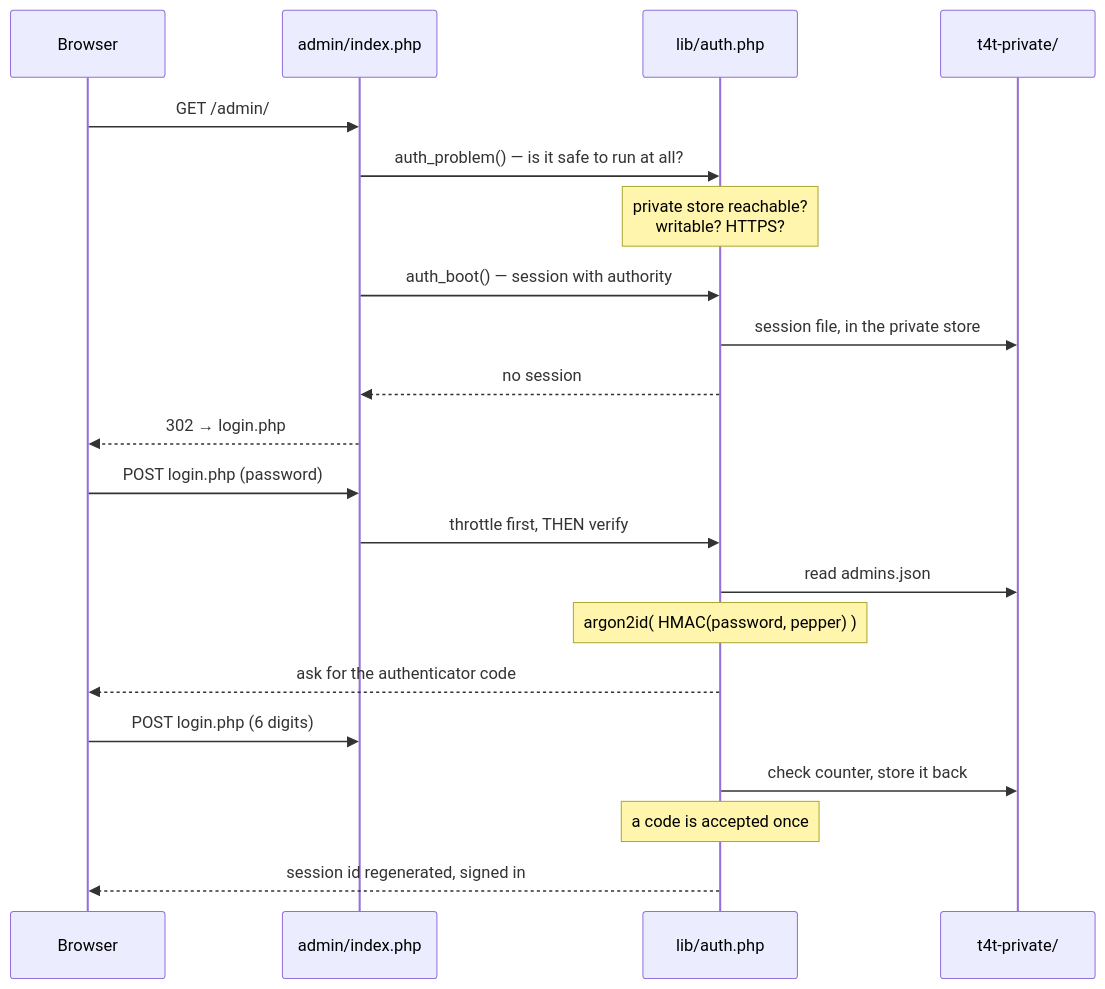
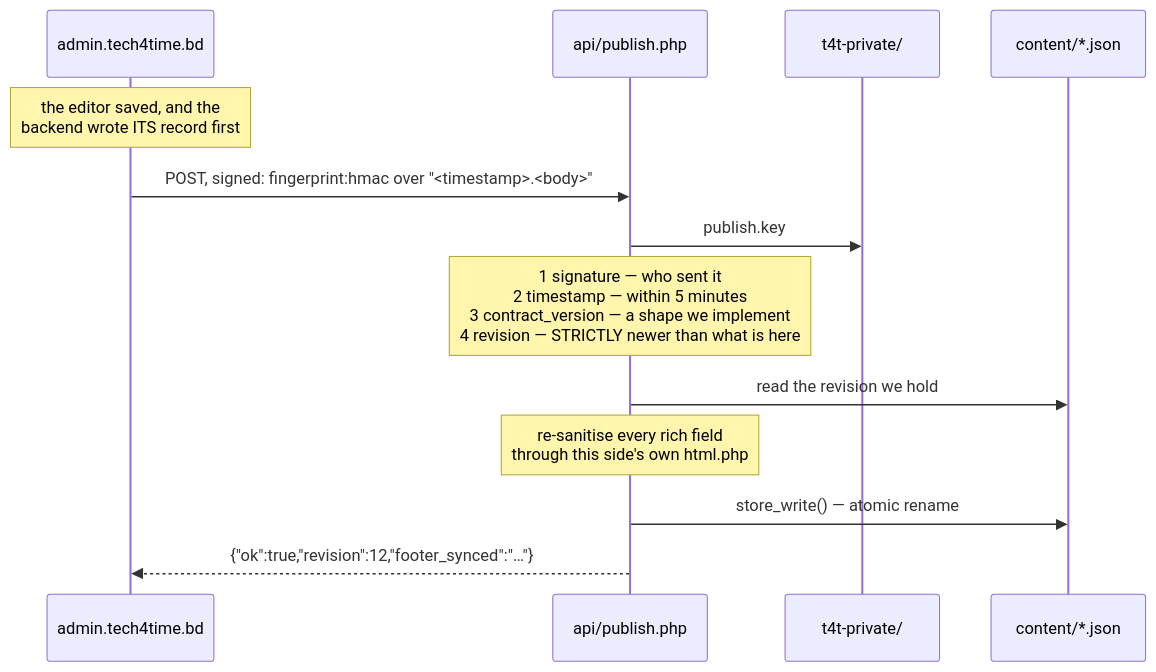
Before and after one commit to M-s-Tech4TIME/tech4time-website-frontend: the second of 3 diagrams in docs/00-orientation/architecture.md, drawn with Mermaid. The commit also changed other lines of this file and 87 other files, not shown here.

````diff
--- a/docs/00-orientation/architecture.md
+++ b/docs/00-orientation/architecture.md
@@ -73,25 +107,16 @@
 ```mermaid
 sequenceDiagram
-    participant B as Browser
-    participant A as admin/index.php
-    participant Au as lib/auth.php
+    participant BE as admin.tech4time.bd
+    participant A as api/publish.php
     participant P as t4t-private/
+    participant C as content/*.json
 
-    B->>A: GET /admin/
-    A->>Au: auth_problem() — is it safe to run at all?
-    Note over Au: private store reachable?<br/>writable? HTTPS?
-    A->>Au: auth_boot() — session with authority
-    Au->>P: session file, in the private store
-    Au-->>A: no session
-    A-->>B: 302 → login.php
-
-    B->>A: POST login.php  (password)
-    A->>Au: throttle first, THEN verify
-    Au->>P: read admins.json
-    Note over Au: argon2id( HMAC(password, pepper) )
-    Au-->>B: ask for the authenticator code
-    B->>A: POST login.php  (6 digits)
-    Au->>P: check counter, store it back
-    Note over Au: a code is accepted once
-    Au-->>B: session id regenerated, signed in
+    Note over BE: the editor saved, and the<br/>backend wrote ITS record first
+    BE->>A: POST, signed: fingerprint:hmac over "<timestamp>.<body>"
+    A->>P: publish.key
+    Note over A: 1 signature — who sent it<br/>2 timestamp — within 5 minutes<br/>3 contract_version — a shape we implement<br/>4 revision — STRICTLY newer than what is here
+    A->>C: read the revision we hold
+    Note over A: re-sanitise every rich field<br/>through this side's own html.php
+    A->>C: store_write() — atomic rename
+    A-->>BE: {"ok":true,"revision":12,"footer_synced":"…"}
 ```
````
